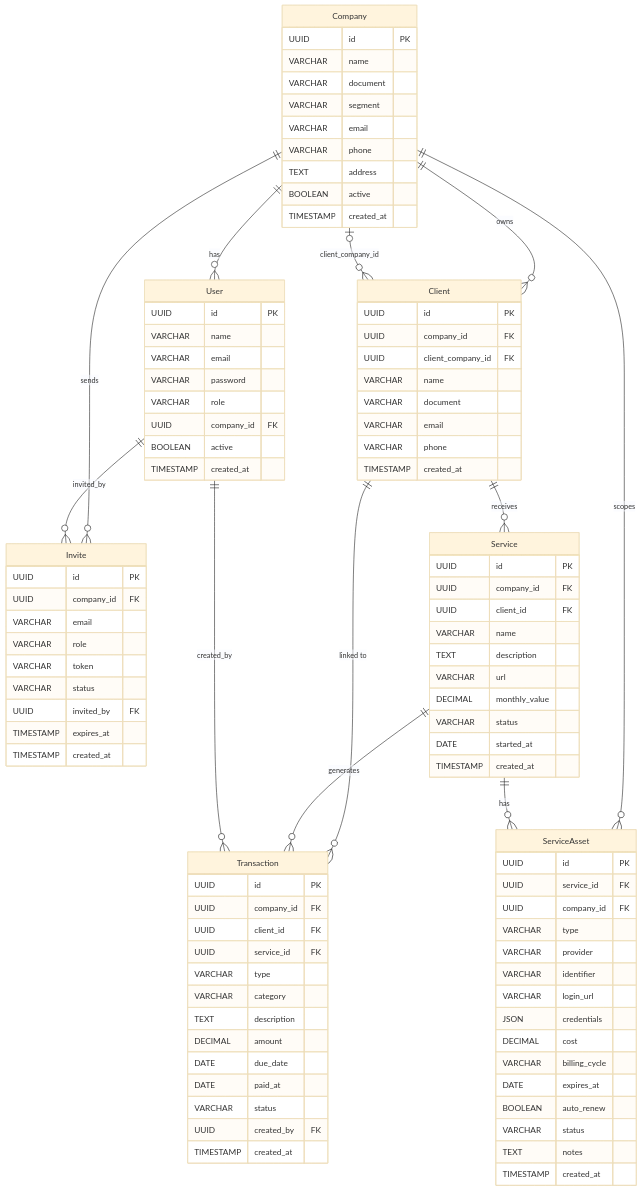
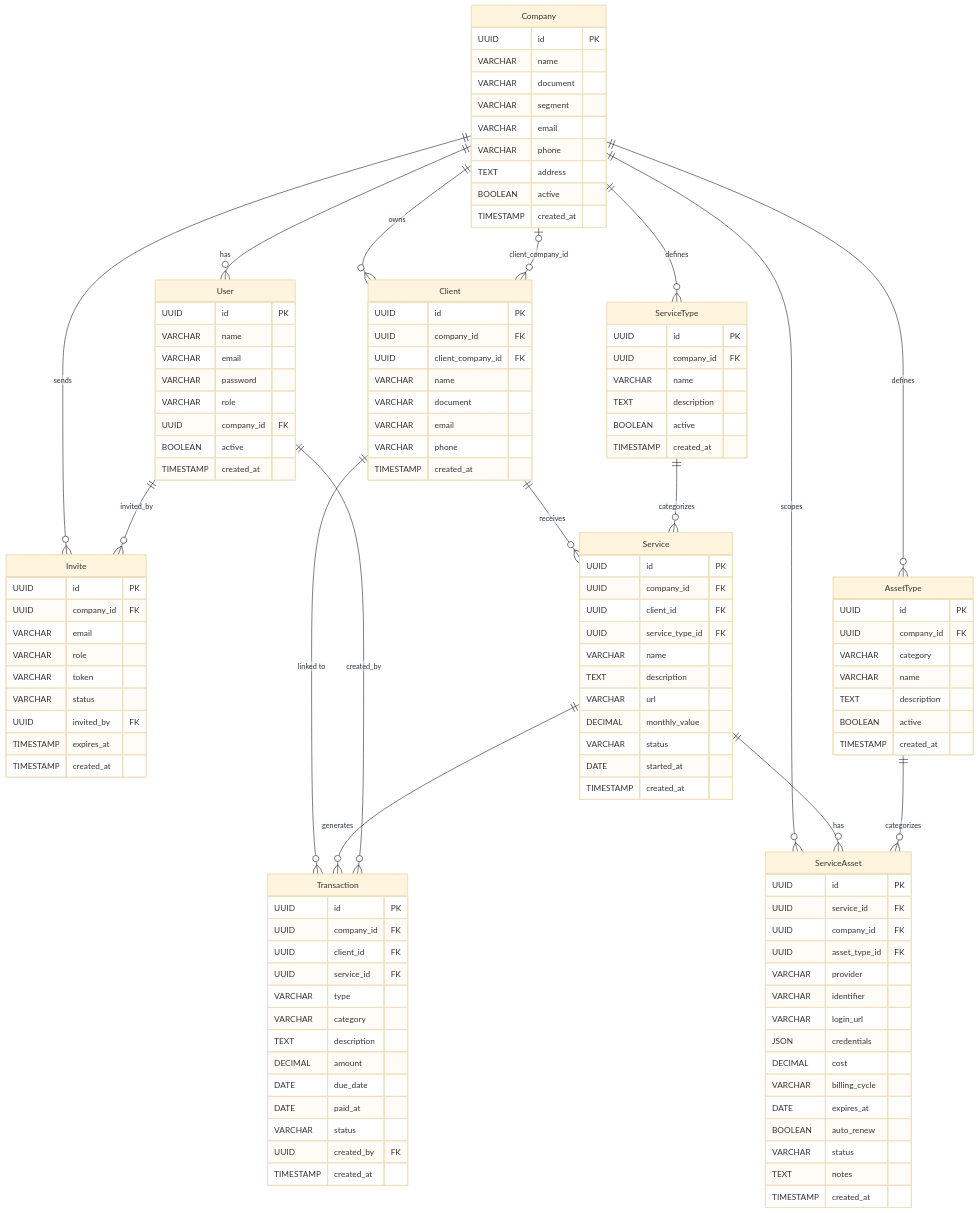
Before and after one commit to BooPixel/boopixel-strategy: the second of 3 diagrams in financial-system.md, drawn with Mermaid (base theme). The commit also changed other lines of this file, not shown here.

Commit message:
📄 DOC: Add ServiceType and AssetType catalog tables

```diff
--- a/financial-system.md
+++ b/financial-system.md
@@ -171,14 +196,19 @@
     Company ||--o{ User : "has"
     Company ||--o{ Client : "owns"
     Company ||--o{ Invite : "sends"
+    Company ||--o{ ServiceType : "defines"
+    Company ||--o{ AssetType : "defines"
     Company ||--o{ ServiceAsset : "scopes"
 
     Client ||--o{ Service : "receives"
     Client ||--o{ Transaction : "linked to"
     Client }o--o| Company : "client_company_id"
 
+    ServiceType ||--o{ Service : "categorizes"
     Service ||--o{ ServiceAsset : "has"
     Service ||--o{ Transaction : "generates"
+
+    AssetType ||--o{ ServiceAsset : "categorizes"
 
     User ||--o{ Transaction : "created_by"
     User ||--o{ Invite : "invited_by"
@@ -217,10 +247,30 @@
         TIMESTAMP created_at
     }
 
+    ServiceType {
+        UUID id PK
+        UUID company_id FK
+        VARCHAR name
+        TEXT description
+        BOOLEAN active
+        TIMESTAMP created_at
+    }
+
+    AssetType {
+        UUID id PK
+        UUID company_id FK
+        VARCHAR category
+        VARCHAR name
+        TEXT description
+        BOOLEAN active
+        TIMESTAMP created_at
+    }
+
     Service {
         UUID id PK
         UUID company_id FK
         UUID client_id FK
+        UUID service_type_id FK
         VARCHAR name
         TEXT description
         VARCHAR url
@@ -234,7 +284,7 @@
         UUID id PK
         UUID service_id FK
         UUID company_id FK
-        VARCHAR type
+        UUID asset_type_id FK
         VARCHAR provider
         VARCHAR identifier
         VARCHAR login_url
```
